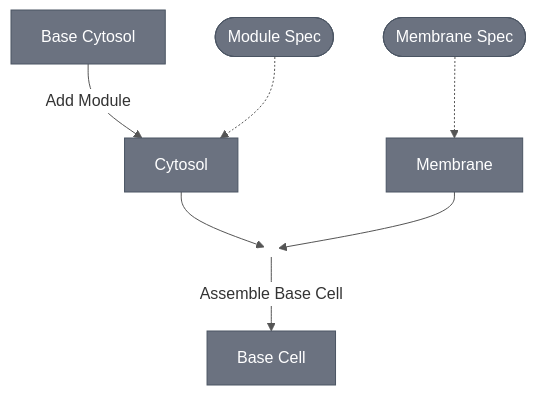
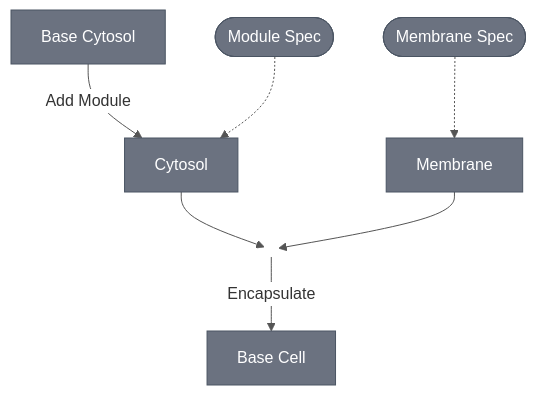
Before and after one commit to nucleus-eng/nucleus-docs: the first of 2 diagrams in docs/processes/processes-main.md, drawn with Mermaid. The commit also changed other lines of this file and 12 other files, not shown here.

First line of the commit message:
Split Base Cell spec from encapsulation process, add Dye Liposomes module (#183)

````diff
--- a/docs/processes/processes-main.md
+++ b/docs/processes/processes-main.md
@@ -13,22 +13,22 @@
 ```{mermaid}
 %%{init: {'theme': 'base', 'themeVariables': {'lineColor': '#555555', 'edgeLabelBackground': '#ffffff'}}}%%
 flowchart TB
     BaseCytosol["Base Cytosol"] -->|"Add Module"| Cytosol["Cytosol"]
     ModSpec(["Module Spec"]) -.-> Cytosol
     Cytosol & Membrane["Membrane"] --> J(( ))
-    J --> |"Assemble Base Cell"| BaseCell["Base Cell"]
+    J --> |"Encapsulate"| BaseCell["Base Cell"]
     MemSpec(["Membrane Spec"]) -.-> Membrane
 
     style BaseCytosol fill:#6B7280,color:#ffffff,stroke:#4B5563
     style Cytosol fill:#6B7280,color:#ffffff,stroke:#4B5563
     style Membrane fill:#6B7280,color:#ffffff,stroke:#4B5563
     style BaseCell fill:#6B7280,color:#ffffff,stroke:#4B5563
     style ModSpec fill:#6B7280,color:#ffffff,stroke:#4B5563
     style MemSpec fill:#6B7280,color:#ffffff,stroke:#4B5563
     style J fill:none,stroke:none
 
     click BaseCytosol "/docs/modules/base-cytosol/spec"
     click BaseCell "/docs/processes/assemble-base-cell/main"
     click ModSpec "/docs/modules/modules-main"
     click MemSpec "/docs/modules/membrane-popc-chol/spec"
 ```
````
